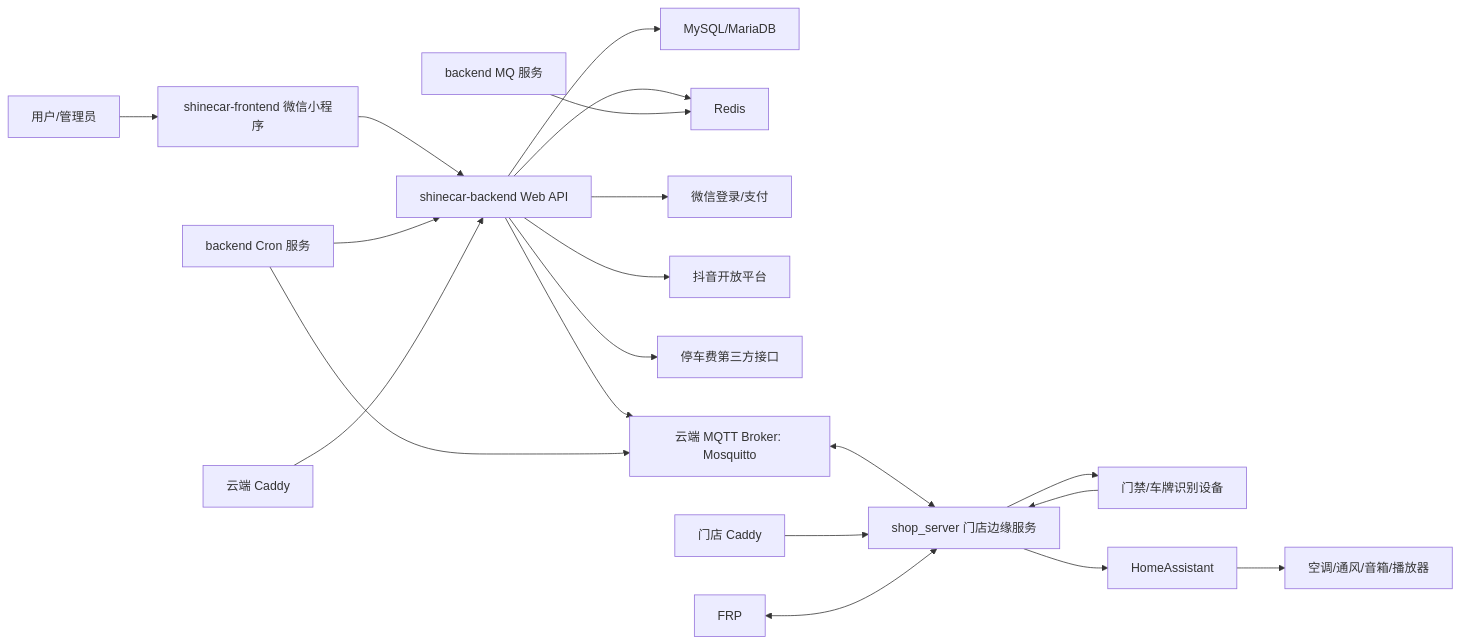
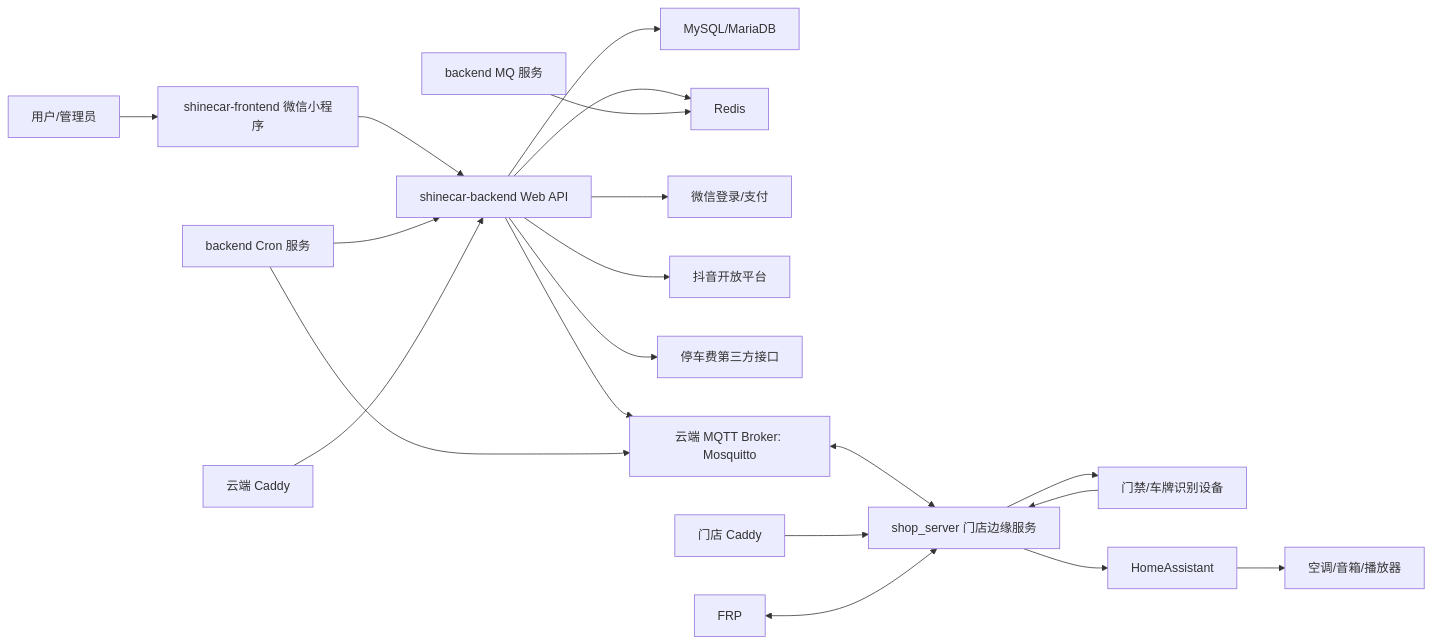
Before and after one commit to topone4tvs/shinecar-shop-server: the diagram in docs/shinecar_handover_architecture.md, drawn with Mermaid. The commit also changed other lines of this file and 5 other files, not shown here.

````diff
--- a/docs/shinecar_handover_architecture.md
+++ b/docs/shinecar_handover_architecture.md
@@ -185,26 +185,26 @@
 ```mermaid
 flowchart LR
   User["用户/管理员"] --> Mini["shinecar-frontend 微信小程序"]
   Mini --> API["shinecar-backend Web API"]
 
   API --> MySQL["MySQL/MariaDB"]
   API --> Redis["Redis"]
   API --> Wechat["微信登录/支付"]
   API --> Douyin["抖音开放平台"]
   API --> Parking["停车费第三方接口"]
 
   API --> MQTTCloud["云端 MQTT Broker: Mosquitto"]
   MQ["backend MQ 服务"] --> Redis
   Cron["backend Cron 服务"] --> API
   Cron --> MQTTCloud
 
   MQTTCloud <--> ShopServer["shop_server 门店边缘服务"]
   ShopServer --> Gate["门禁/车牌识别设备"]
   Gate --> ShopServer
   ShopServer --> HA["HomeAssistant"]
-  HA --> Device["空调/通风/音箱/播放器"]
+  HA --> Device["空调/音箱/播放器"]
 
   CaddyCloud["云端 Caddy"] --> API
   CaddyShop["门店 Caddy"] --> ShopServer
   FRP["FRP"] <--> ShopServer
 ```
````
